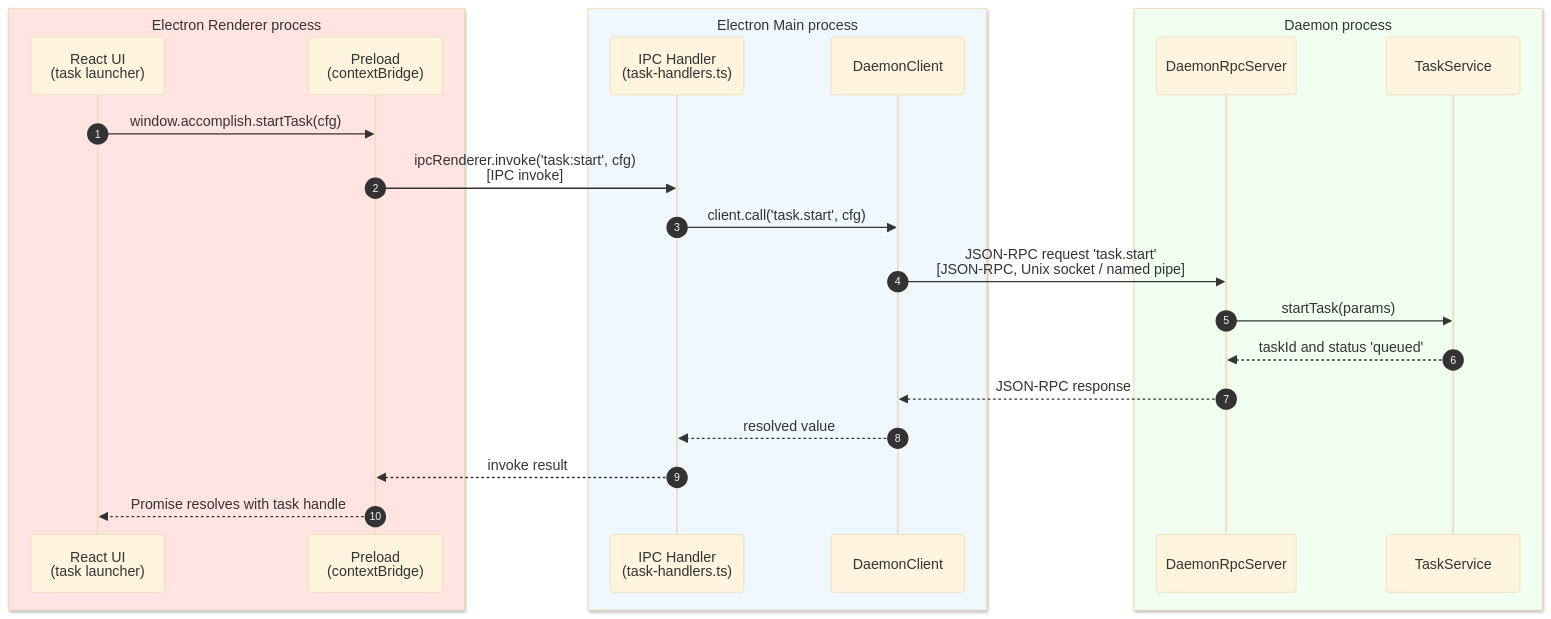
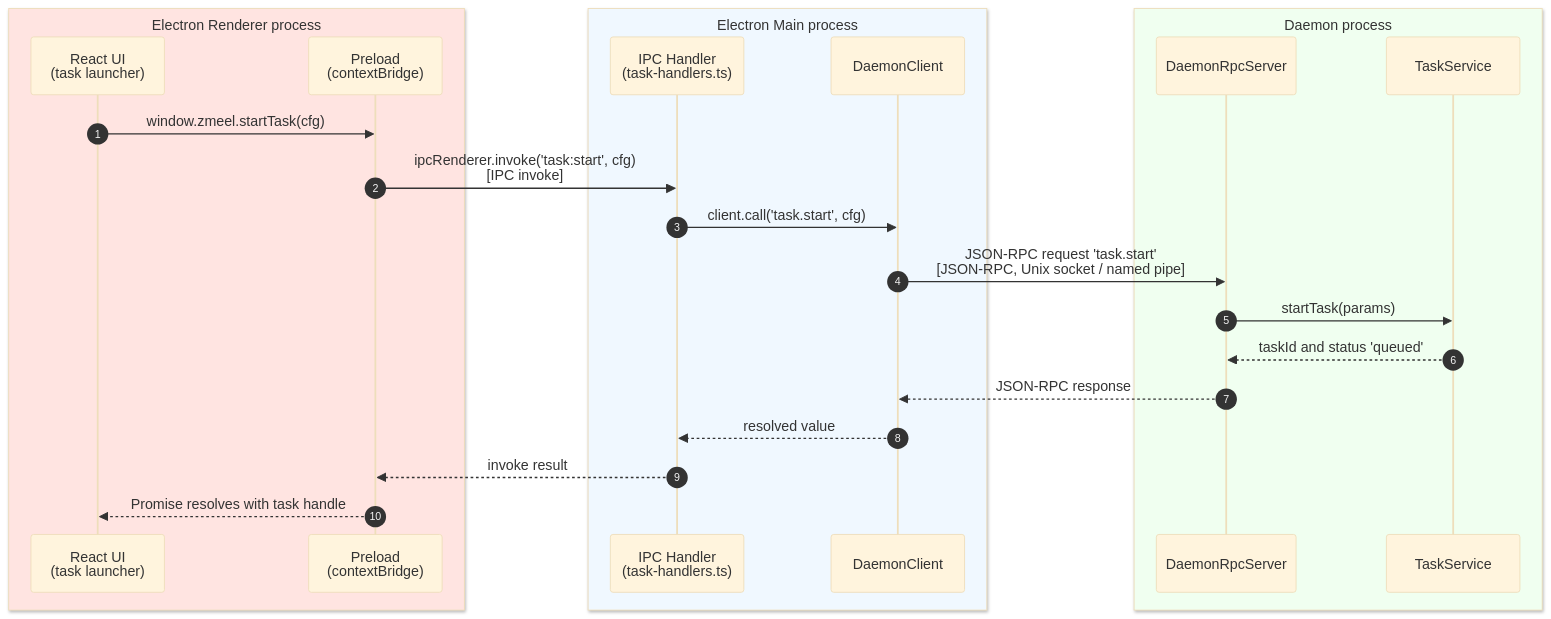
One commit to samskipsai/zmeelv60 changed the second of 10 diagrams in docs/functional-sequence-diagrams.md. Above: the diagram before and after it, drawn with Mermaid (base theme). The commit also changed other lines of this file and 520 other files, not shown here.

First line of the commit message:
rebrand: Accomplish -> Zmeel Desktop

````diff
--- a/docs/functional-sequence-diagrams.md
+++ b/docs/functional-sequence-diagrams.md
@@ -102,27 +102,27 @@
 ```mermaid
 sequenceDiagram
     autonumber
     box mistyrose Electron Renderer process
       participant UI as React UI<br/>(task launcher)
       participant Pre as Preload<br/>(contextBridge)
     end
     box aliceblue Electron Main process
       participant H as IPC Handler<br/>(task-handlers.ts)
       participant DC as DaemonClient
     end
     box honeydew Daemon process
       participant RPC as DaemonRpcServer
       participant TS as TaskService
     end
 
-    UI->>Pre: window.accomplish.startTask(cfg)
+    UI->>Pre: window.zmeel.startTask(cfg)
     Pre->>H: ipcRenderer.invoke('task:start', cfg)<br/>[IPC invoke]
     H->>DC: client.call('task.start', cfg)
     DC->>RPC: JSON-RPC request 'task.start'<br/>[JSON-RPC, Unix socket / named pipe]
     RPC->>TS: startTask(params)
     TS-->>RPC: taskId and status 'queued'
     RPC-->>DC: JSON-RPC response
     DC-->>H: resolved value
     H-->>Pre: invoke result
     Pre-->>UI: Promise resolves with task handle
 ```
````
